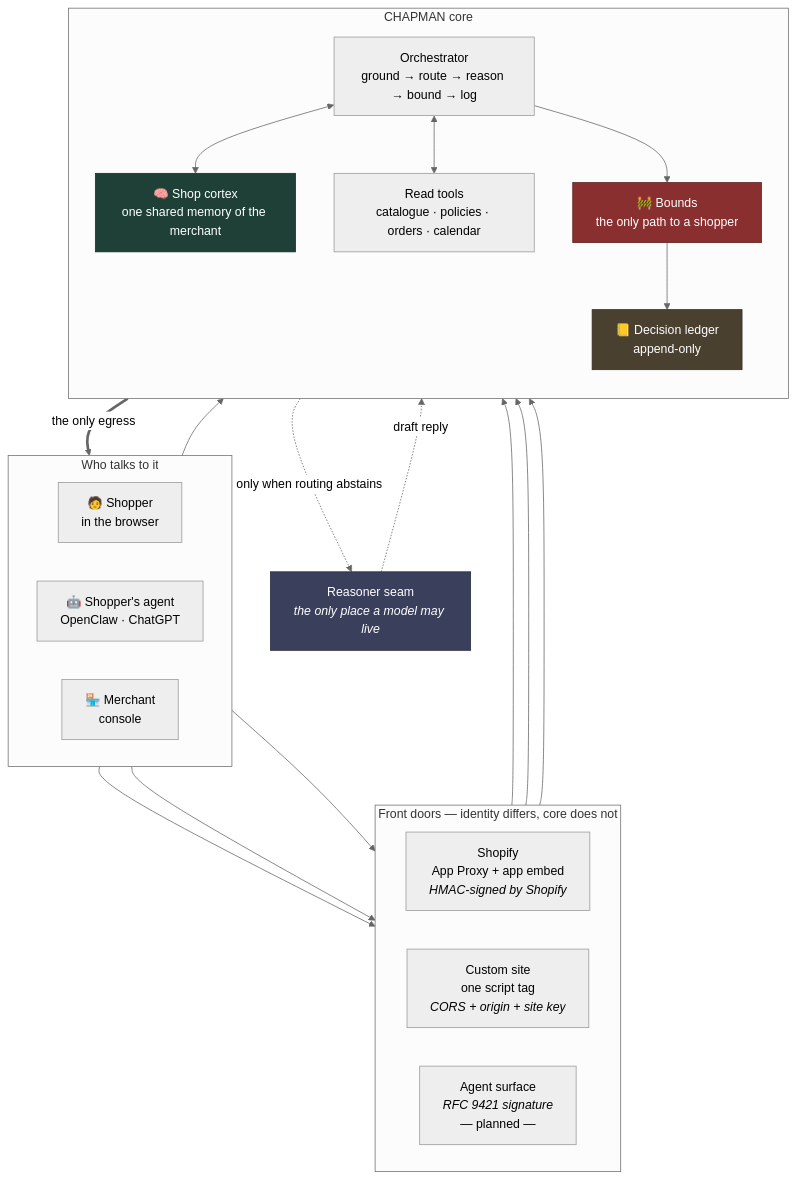
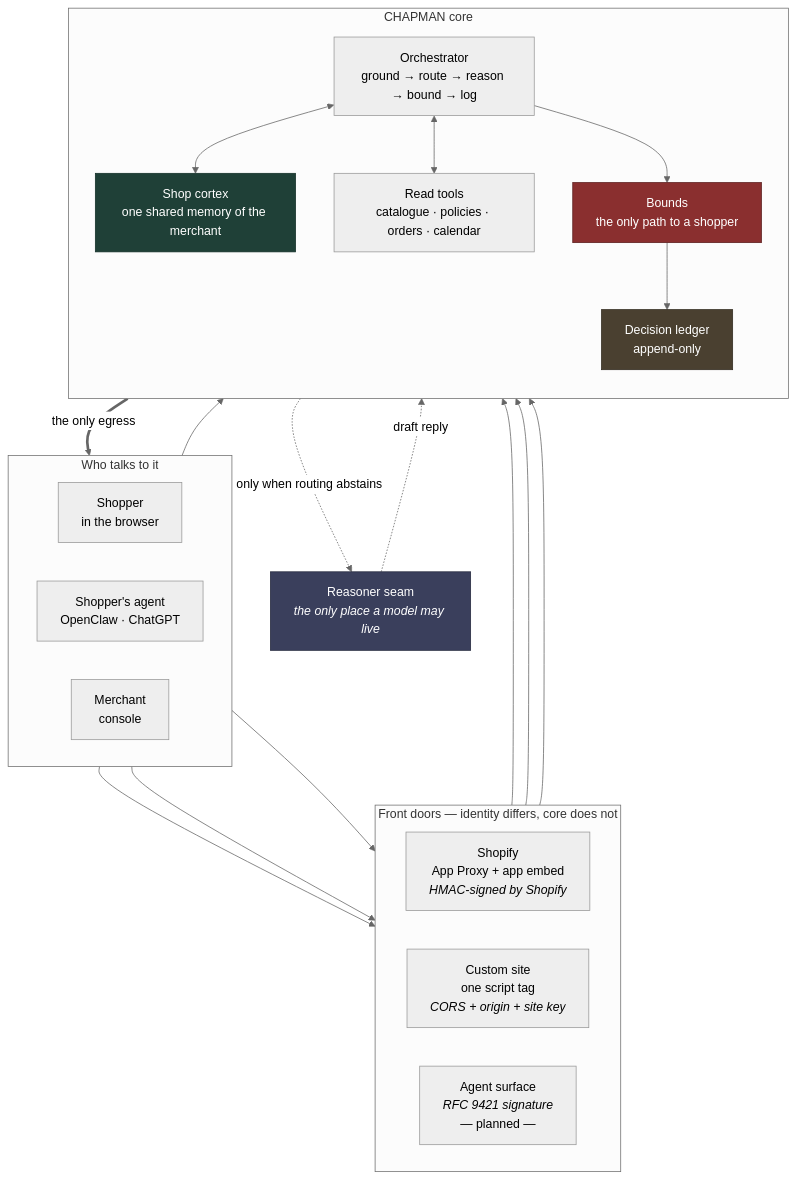
One commit to supersanchayrx/RazorPay-Buildathon changed the first of 4 diagrams in README.md. Above: the diagram before and after it, drawn with Mermaid (neutral theme).

````diff
--- a/README.md
+++ b/README.md
@@ -28,44 +28,44 @@
 ```mermaid
 flowchart TB
     subgraph clients ["Who talks to it"]
         direction LR
-        H["🧑 Shopper<br/>in the browser"]
-        A["🤖 Shopper's agent<br/>OpenClaw · ChatGPT"]
-        M["🏪 Merchant<br/>console"]
+        H["Shopper<br/>in the browser"]
+        A["Shopper's agent<br/>OpenClaw · ChatGPT"]
+        M["Merchant<br/>console"]
     end
 
     subgraph doors ["Front doors — identity differs, core does not"]
         direction LR
         SH["Shopify<br/>App Proxy + app embed<br/><i>HMAC-signed by Shopify</i>"]
         CU["Custom site<br/>one script tag<br/><i>CORS + origin + site key</i>"]
         AG["Agent surface<br/><i>RFC 9421 signature</i><br/>— planned —"]
     end
 
     subgraph core ["CHAPMAN core"]
         direction TB
-        CX["🧠 Shop cortex<br/>one shared memory of the merchant"]
+        CX["Shop cortex<br/>one shared memory of the merchant"]
         OR["Orchestrator<br/>ground → route → reason → bound → log"]
         TL["Read tools<br/>catalogue · policies · orders · calendar"]
-        BD["🚧 Bounds<br/>the only path to a shopper"]
-        LG["📒 Decision ledger<br/>append-only"]
+        BD["Bounds<br/>the only path to a shopper"]
+        LG["Decision ledger<br/>append-only"]
     end
 
     R["Reasoner seam<br/><i>the only place a model may live</i>"]
 
     H --> SH & CU
     A --> AG
     M --> CX
     SH & CU & AG --> OR
     OR <--> TL
     OR <--> CX
     OR -.->|"only when routing abstains"| R
     R -.->|draft reply| BD
     OR --> BD
     BD --> LG
     BD ==>|"the only egress"| H
 
     style BD fill:#8a2f2f,stroke:#5c1f1f,color:#fff
     style CX fill:#1f4037,stroke:#143029,color:#fff
     style R fill:#3a3f5c,stroke:#272b40,color:#fff
     style LG fill:#4a4030,stroke:#332c21,color:#fff
 ```
````
